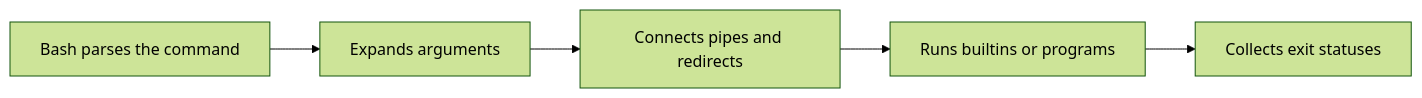
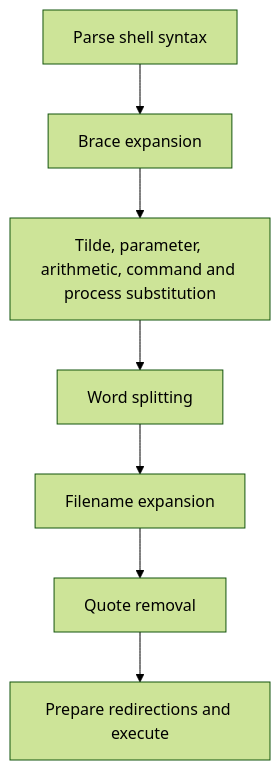
The first of 4 diagrams in src/content/blog/2025-11-20-bash-useful-stuff.md (tiendu/tiendu.github.io), drawn with Mermaid (forest theme) before and after one commit. The commit also changed other lines of this file, not shown here.

````diff
--- a/src/content/blog/2025-11-20-bash-useful-stuff.md
+++ b/src/content/blog/2025-11-20-bash-useful-stuff.md
@@ -59,7 +65,11 @@
 ```mermaid
-flowchart LR
-    A["Bash parses the command"] --> B["Expands arguments"]
-    B --> C["Connects pipes and redirects"]
-    C --> D["Runs builtins or programs"]
-    D --> E["Collects exit statuses"]
+flowchart TD
+    accTitle: How Bash evaluates ordinary command words
+    accDescr: The shell parses syntax, expands words in stages, prepares redirections, and executes the resulting command with its arguments.
+    A["Parse shell syntax"] --> B["Brace expansion"]
+    B --> C["Tilde, parameter, arithmetic, command and process substitution"]
+    C --> D["Word splitting"]
+    D --> E["Filename expansion"]
+    E --> F["Quote removal"]
+    F --> G["Prepare redirections and execute"]
 ```
````
